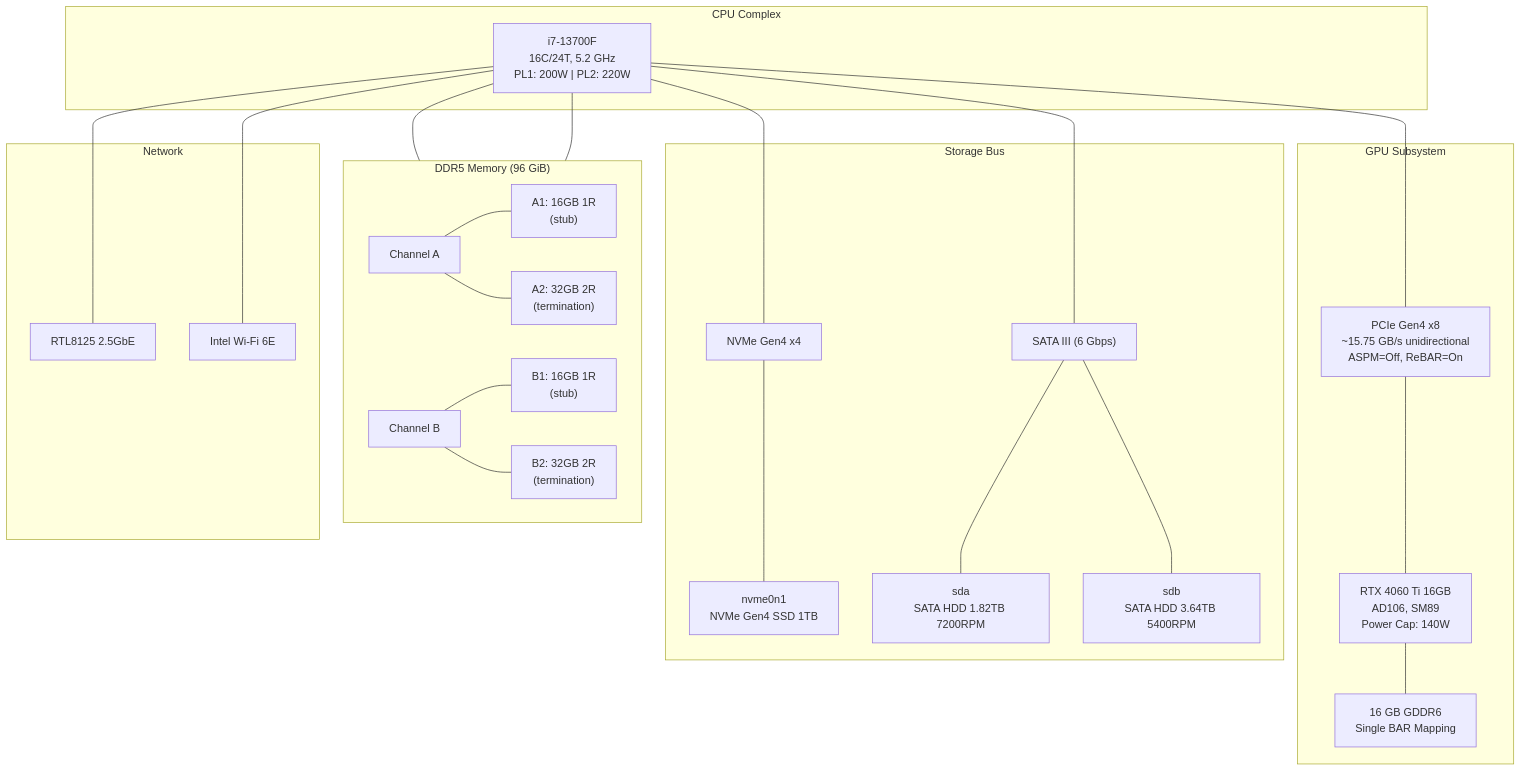
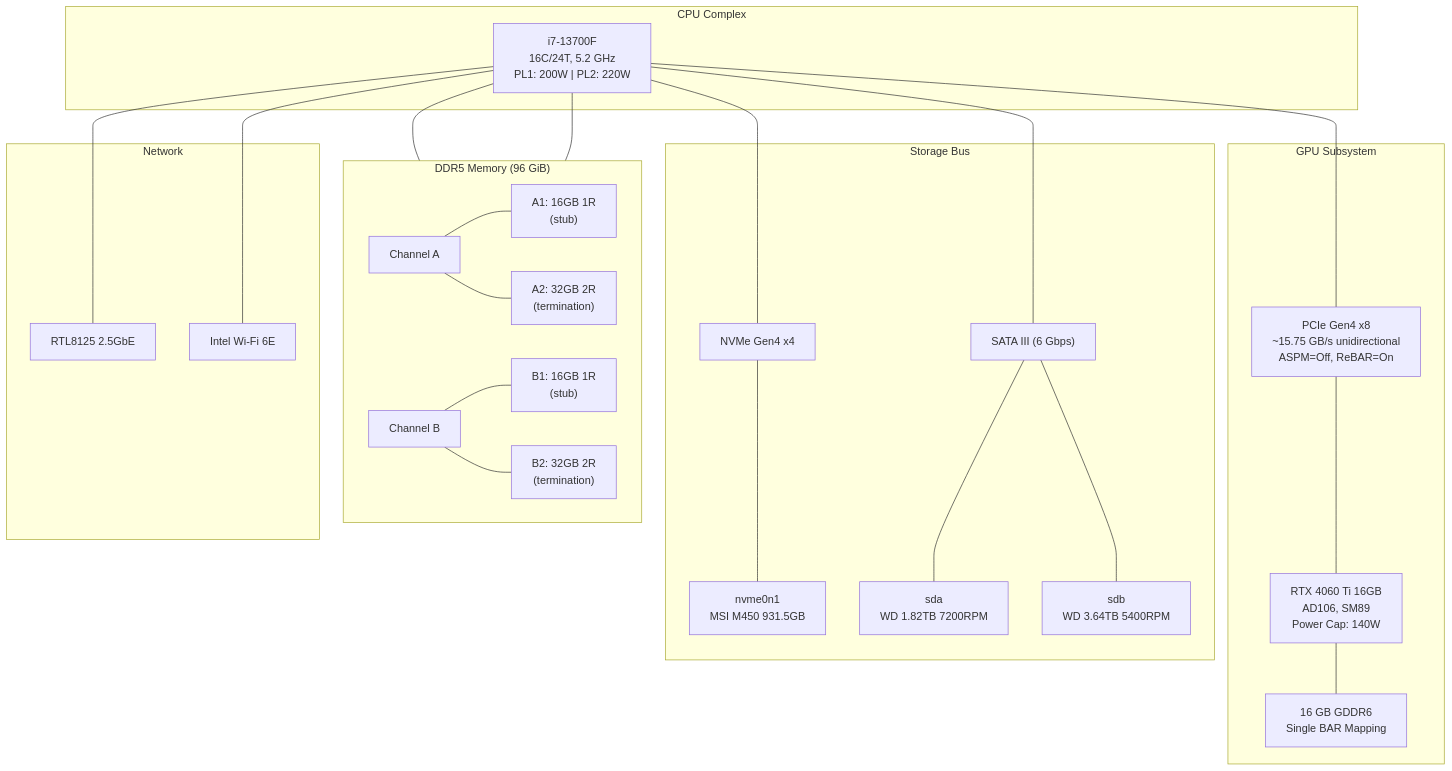
One commit to AmeerJ97/project-host changed the first of 24 diagrams in docs/architecture.md. Above: the diagram before and after it, drawn with Mermaid. The commit also changed other lines of this file and 23 other files, not shown here.

````diff
--- a/docs/architecture.md
+++ b/docs/architecture.md
@@ -101,47 +101,47 @@
 ```mermaid
 graph TD
     subgraph CPU_Complex ["CPU Complex"]
         CPU["i7-13700F<br>16C/24T, 5.2 GHz<br>PL1: 200W | PL2: 220W"]
     end
 
     subgraph Memory ["DDR5 Memory (96 GiB)"]
         direction LR
         CH_A["Channel A"]
         CH_B["Channel B"]
         A1["A1: 16GB 1R<br>(stub)"]
         A2["A2: 32GB 2R<br>(termination)"]
         B1["B1: 16GB 1R<br>(stub)"]
         B2["B2: 32GB 2R<br>(termination)"]
         CH_A --- A1 & A2
         CH_B --- B1 & B2
     end
 
     subgraph GPU_Subsystem ["GPU Subsystem"]
         PCIe["PCIe Gen4 x8<br>~15.75 GB/s unidirectional<br>ASPM=Off, ReBAR=On"]
         GPU["RTX 4060 Ti 16GB<br>AD106, SM89<br>Power Cap: 140W"]
         PCIe --- GPU
         VRAM["16 GB GDDR6<br>Single BAR Mapping"]
         GPU --- VRAM
     end
 
     subgraph Storage_Bus ["Storage Bus"]
         NVMe_Bus["NVMe Gen4 x4"]
         SATA_Bus["SATA III (6 Gbps)"]
-        NVMe["nvme0n1<br>NVMe Gen4 SSD 1TB"]
-        SDA["sda<br>SATA HDD 1.82TB 7200RPM"]
-        SDB["sdb<br>SATA HDD 3.64TB 5400RPM"]
+        NVMe["nvme0n1<br>MSI M450 931.5GB"]
+        SDA["sda<br>WD 1.82TB 7200RPM"]
+        SDB["sdb<br>WD 3.64TB 5400RPM"]
         NVMe_Bus --- NVMe
         SATA_Bus --- SDA & SDB
     end
 
     subgraph Network ["Network"]
         ETH["RTL8125 2.5GbE"]
         WIFI["Intel Wi-Fi 6E"]
     end
 
     CPU --- CH_A & CH_B
     CPU --- PCIe
     CPU --- NVMe_Bus
     CPU --- SATA_Bus
     CPU --- ETH & WIFI
 ```
````
